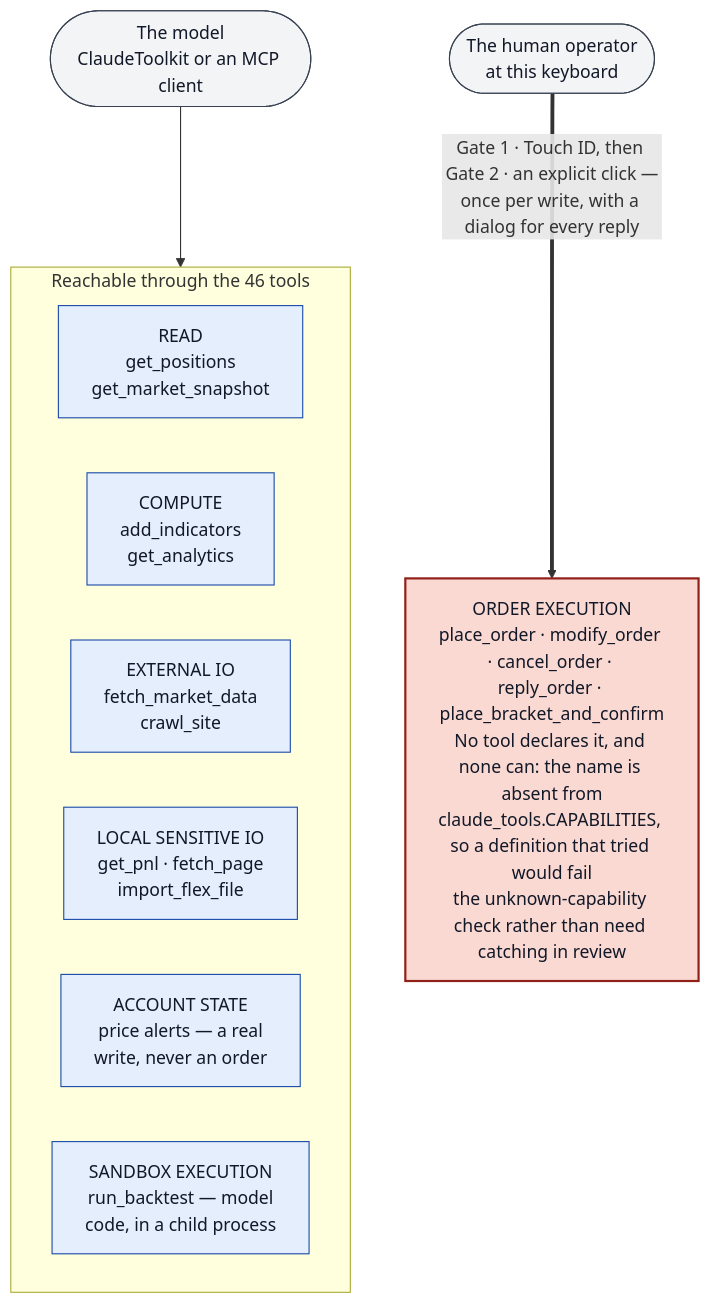
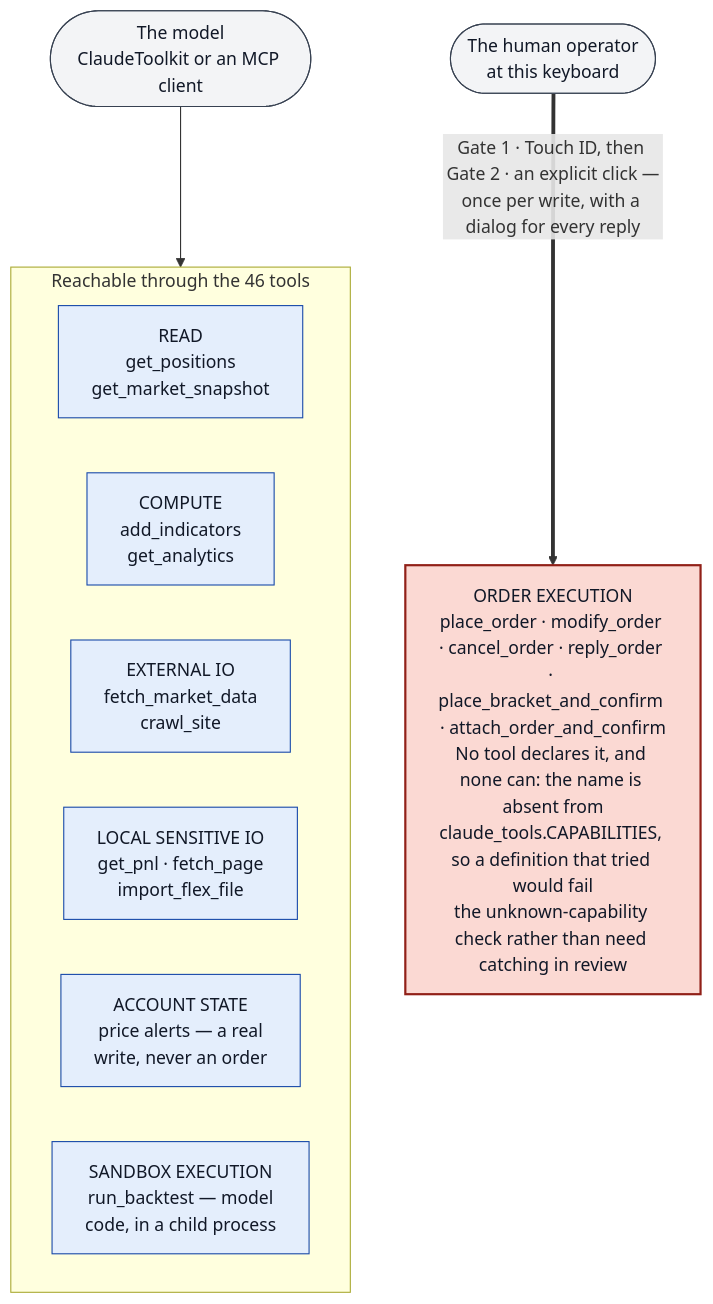
The first of 5 diagrams in docs/security-architecture.md (stephus182/ibkr_core_mcp), drawn with Mermaid before and after one commit. The commit also changed other lines of this file and 8 other files, not shown here.

````diff
--- a/docs/security-architecture.md
+++ b/docs/security-architecture.md
@@ -96,28 +96,28 @@
 ```mermaid
 flowchart TB
     classDef reach fill:#e4eefc,stroke:#1849a9,color:#111827
     classDef norch fill:#fbd9d3,stroke:#912018,color:#111827,stroke-width:2px
     classDef actor fill:#f3f4f6,stroke:#374151,color:#111827
 
     M(["The model<br/>ClaudeToolkit or an MCP client"])
     H(["The human operator<br/>at this keyboard"])
 
     subgraph REACH["Reachable through the 46 tools"]
         direction LR
         T1["READ<br/>get_positions<br/>get_market_snapshot"]
         T2["COMPUTE<br/>add_indicators<br/>get_analytics"]
         T3["EXTERNAL IO<br/>fetch_market_data<br/>crawl_site"]
         T4["LOCAL SENSITIVE IO<br/>get_pnl · fetch_page<br/>import_flex_file"]
         T5["ACCOUNT STATE<br/>price alerts — a real<br/>write, never an order"]
         T6["SANDBOX EXECUTION<br/>run_backtest — model<br/>code, in a child process"]
     end
 
-    OE["ORDER EXECUTION<br/>place_order · modify_order · cancel_order · reply_order · place_bracket_and_confirm<br/>No tool declares it, and none can: the name is absent from<br/>claude_tools.CAPABILITIES, so a definition that tried would fail<br/>the unknown-capability check rather than need catching in review"]
+    OE["ORDER EXECUTION<br/>place_order · modify_order · cancel_order · reply_order · place_bracket_and_confirm · attach_order_and_confirm<br/>No tool declares it, and none can: the name is absent from<br/>claude_tools.CAPABILITIES, so a definition that tried would fail<br/>the unknown-capability check rather than need catching in review"]
 
     M --> REACH
     H == "Gate 1 · Touch ID, then Gate 2 · an explicit click —<br/>once per write, with a dialog for every reply" ==> OE
 
     class T1,T2,T3,T4,T5,T6 reach
     class OE norch
     class M,H actor
 ```
````
